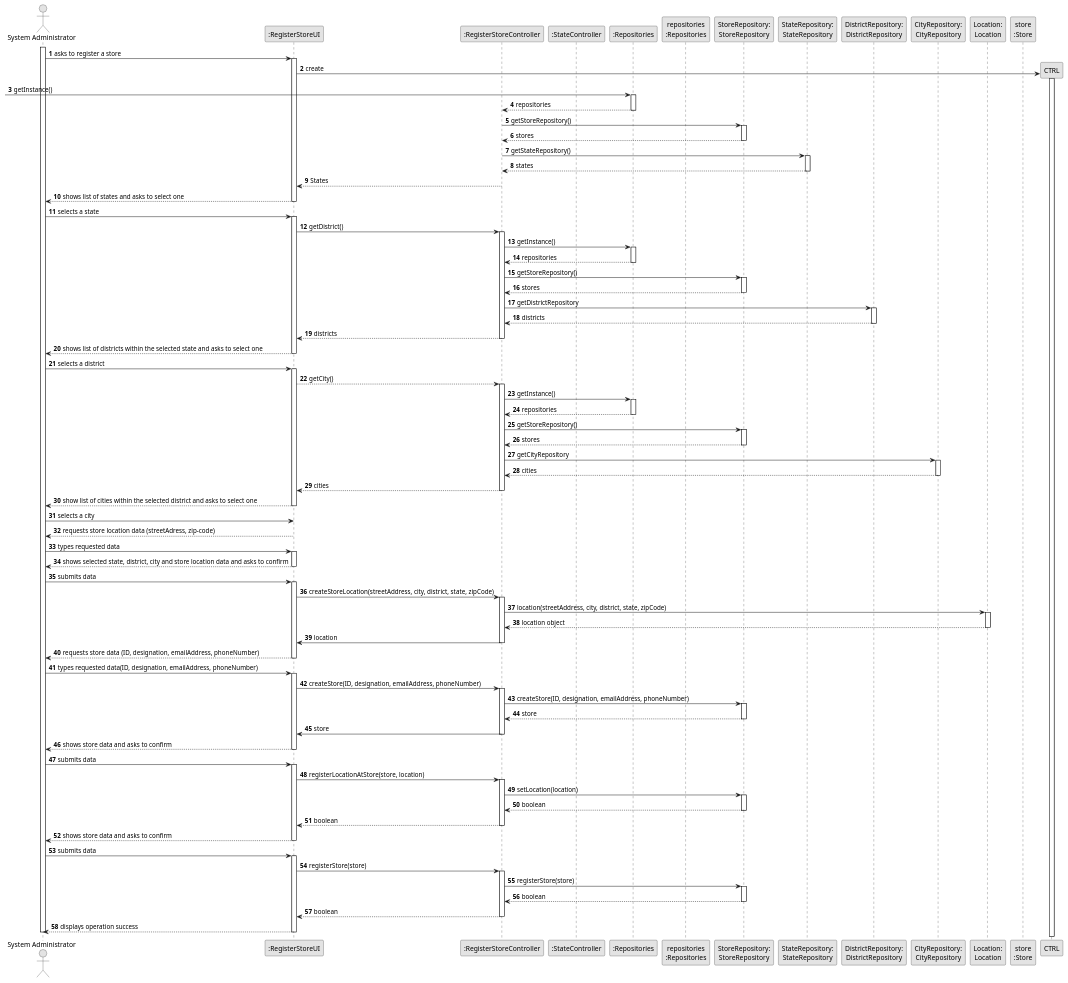
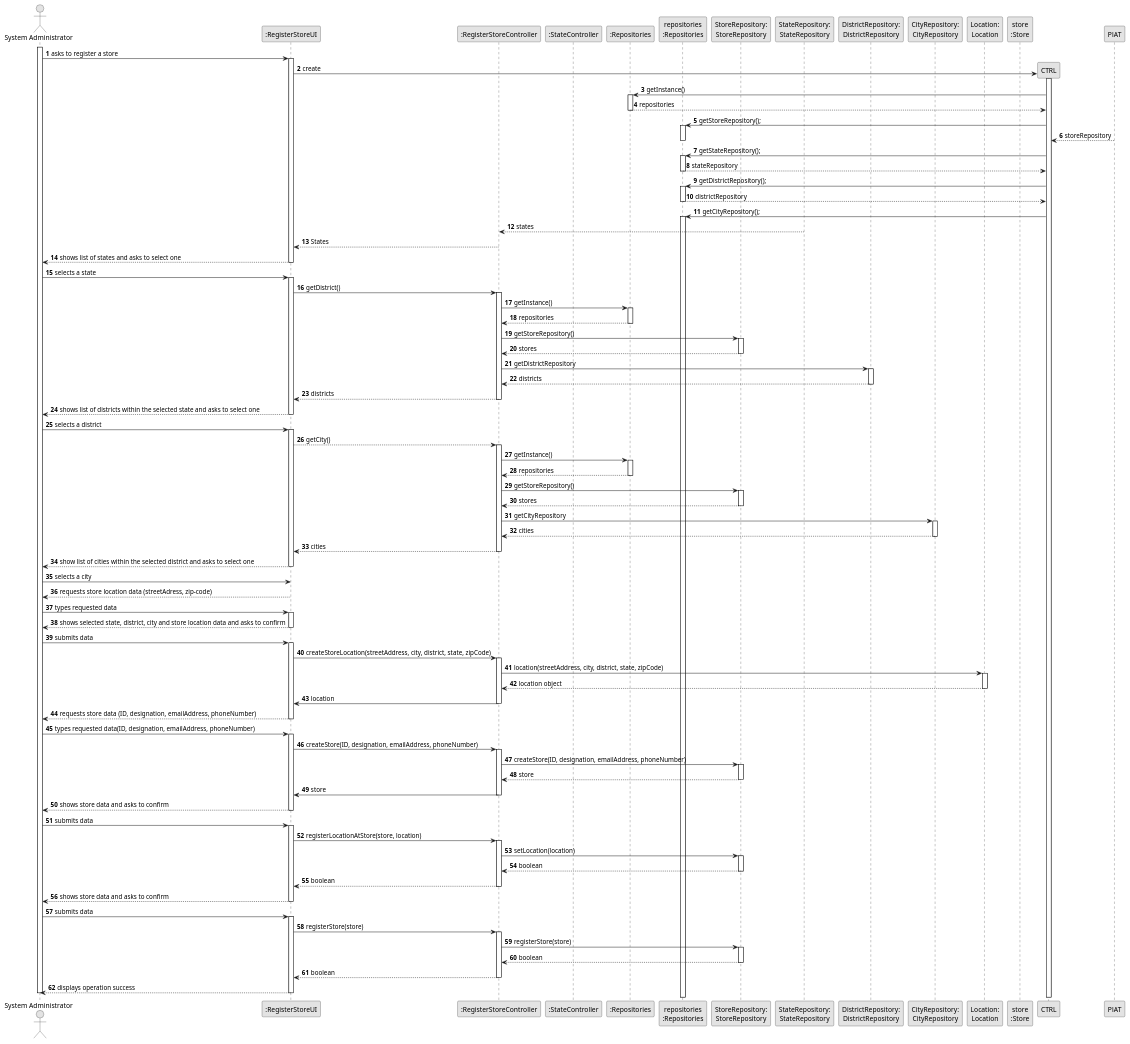
Before and after one commit to 1220812/LAPR2: the diagram in docs/sprintD/us005/03.design/puml/us005-sequence-diagram-full.puml, drawn with PlantUML.

Commit message:
Corrected the sequence diagram full from US005

```diff
--- a/docs/sprintD/us005/03.design/puml/us005-sequence-diagram-full.puml
+++ b/docs/sprintD/us005/03.design/puml/us005-sequence-diagram-full.puml
@@ -37,20 +37,36 @@
 
             activate CTRL
 
-                     -> RepositorySingleton : getInstance()
+                    CTRL -> RepositorySingleton : getInstance()
                     activate RepositorySingleton
 
-                    RepositorySingleton --> STRCTRL: repositories
+                        RepositorySingleton --> CTRL: repositories
+
                     deactivate RepositorySingleton
+                    CTRL -> PLAT: getStoreRepository();
+                    activate PLAT
 
-                    STRCTRL -> StoreRepository : getStoreRepository()
-                    activate StoreRepository
+                        PlAT --> CTRL : storeRepository
 
-                    StoreRepository --> STRCTRL : stores
-                    deactivate StoreRepository
+                    deactivate PLAT
+                    CTRL -> PLAT : getStateRepository();
+                    activate PLAT
 
-                    STRCTRL -> StateRepository : getStateRepository()
-                    activate StateRepository
+                        PLAT --> CTRL : stateRepository
+
+                    deactivate PLAT
+                    CTRL -> PLAT : getDistrictRepository();
+                    activate PLAT
+
+                        PLAT --> CTRL : districtRepository
+
+                    deactivate PLAT
+                    CTRL -> PLAT : getCityRepository();
+                    activate PLAT
+
+
+
+
 
                     StateRepository --> STRCTRL : states
                     deactivate StateRepository
```
